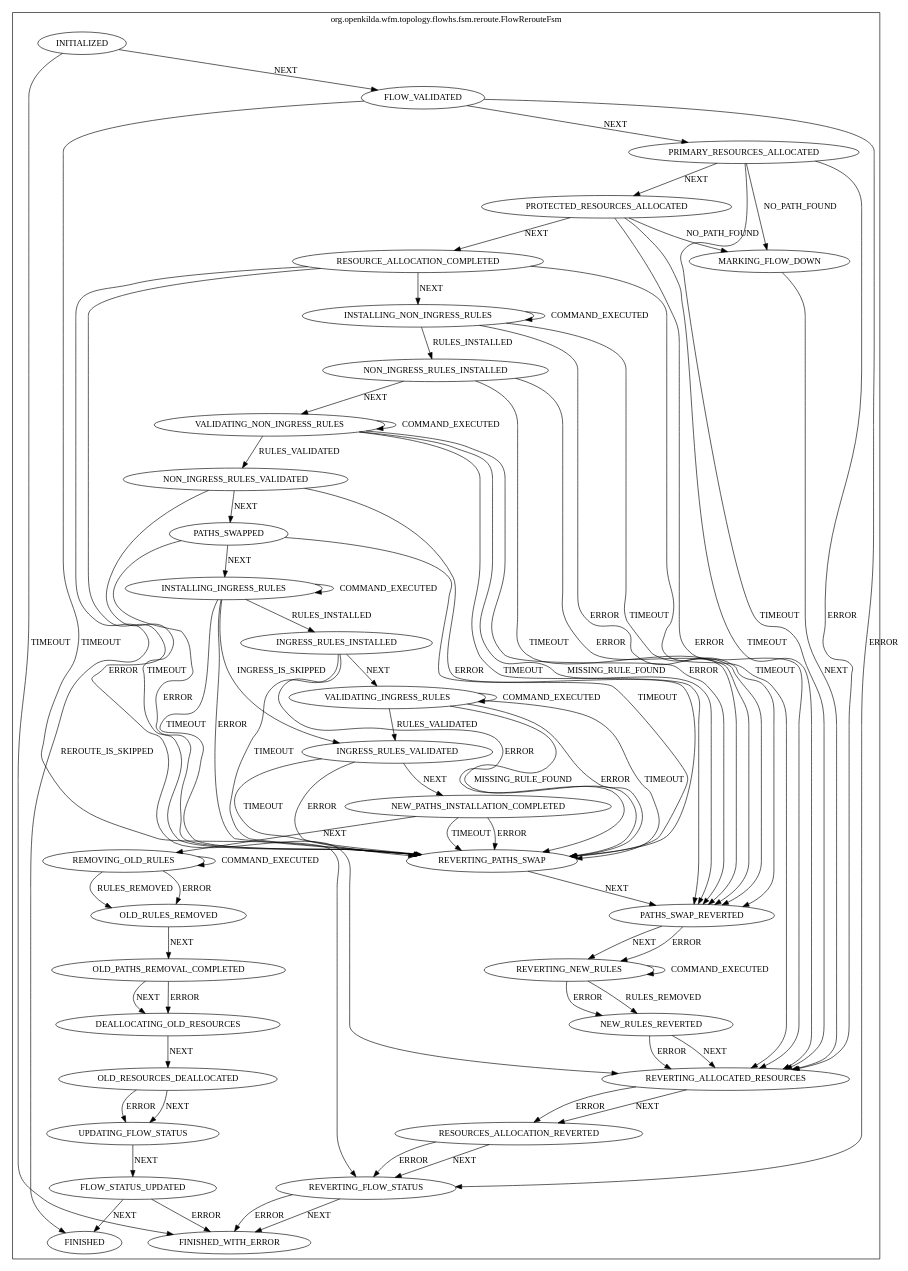
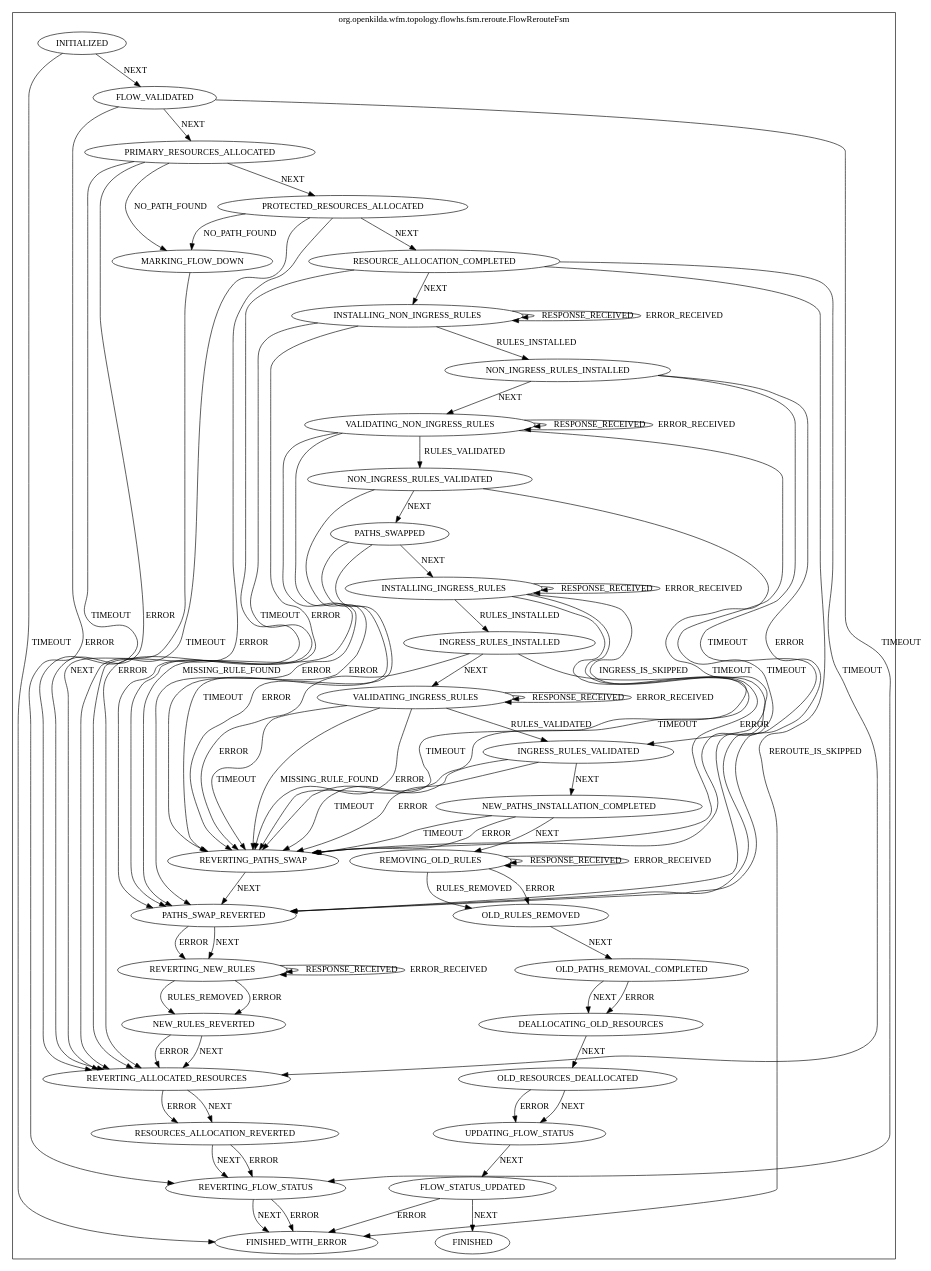
One commit to telstra/open-kilda changed the diagram in docs/design/hub-and-spoke/reroute/flow-reroute-fsm.dot. Above: the diagram before and after it, drawn with Graphviz. The commit also changed 185 other files, not shown here.

```diff
--- a/docs/design/hub-and-spoke/reroute/flow-reroute-fsm.dot
+++ b/docs/design/hub-and-spoke/reroute/flow-reroute-fsm.dot
@@ -2,117 +2,123 @@
 compound=true;
 subgraph cluster_StateMachine {
 label="org.openkilda.wfm.topology.flowhs.fsm.reroute.FlowRerouteFsm";
-PATHS_SWAPPED [label="PATHS_SWAPPED"];
+INSTALLING_NON_INGRESS_RULES [label="INSTALLING_NON_INGRESS_RULES"];
+INGRESS_RULES_VALIDATED [label="INGRESS_RULES_VALIDATED"];
+DEALLOCATING_OLD_RESOURCES [label="DEALLOCATING_OLD_RESOURCES"];
+INSTALLING_INGRESS_RULES [label="INSTALLING_INGRESS_RULES"];
+VALIDATING_INGRESS_RULES [label="VALIDATING_INGRESS_RULES"];
+FINISHED_WITH_ERROR [label="FINISHED_WITH_ERROR"];
+INGRESS_RULES_INSTALLED [label="INGRESS_RULES_INSTALLED"];
 FINISHED [label="FINISHED"];
-VALIDATING_NON_INGRESS_RULES [label="VALIDATING_NON_INGRESS_RULES"];
-INSTALLING_NON_INGRESS_RULES [label="INSTALLING_NON_INGRESS_RULES"];
-REVERTING_NEW_RULES [label="REVERTING_NEW_RULES"];
-REVERTING_PATHS_SWAP [label="REVERTING_PATHS_SWAP"];
-PATHS_SWAP_REVERTED [label="PATHS_SWAP_REVERTED"];
-NEW_RULES_REVERTED [label="NEW_RULES_REVERTED"];
-PROTECTED_RESOURCES_ALLOCATED [label="PROTECTED_RESOURCES_ALLOCATED"];
-RESOURCE_ALLOCATION_COMPLETED [label="RESOURCE_ALLOCATION_COMPLETED"];
-OLD_RULES_REMOVED [label="OLD_RULES_REMOVED"];
-NON_INGRESS_RULES_VALIDATED [label="NON_INGRESS_RULES_VALIDATED"];
-RESOURCES_ALLOCATION_REVERTED [label="RESOURCES_ALLOCATION_REVERTED"];
-OLD_RESOURCES_DEALLOCATED [label="OLD_RESOURCES_DEALLOCATED"];
-UPDATING_FLOW_STATUS [label="UPDATING_FLOW_STATUS"];
-REMOVING_OLD_RULES [label="REMOVING_OLD_RULES"];
-DEALLOCATING_OLD_RESOURCES [label="DEALLOCATING_OLD_RESOURCES"];
-REVERTING_ALLOCATED_RESOURCES [label="REVERTING_ALLOCATED_RESOURCES"];
 INITIALIZED [label="INITIALIZED"];
-VALIDATING_INGRESS_RULES [label="VALIDATING_INGRESS_RULES"];
-INSTALLING_INGRESS_RULES [label="INSTALLING_INGRESS_RULES"];
-PRIMARY_RESOURCES_ALLOCATED [label="PRIMARY_RESOURCES_ALLOCATED"];
-FLOW_STATUS_UPDATED [label="FLOW_STATUS_UPDATED"];
+REVERTING_FLOW_STATUS [label="REVERTING_FLOW_STATUS"];
+OLD_PATHS_REMOVAL_COMPLETED [label="OLD_PATHS_REMOVAL_COMPLETED"];
 FLOW_VALIDATED [label="FLOW_VALIDATED"];
 NEW_PATHS_INSTALLATION_COMPLETED [label="NEW_PATHS_INSTALLATION_COMPLETED"];
-INGRESS_RULES_INSTALLED [label="INGRESS_RULES_INSTALLED"];
-FINISHED_WITH_ERROR [label="FINISHED_WITH_ERROR"];
+NON_INGRESS_RULES_VALIDATED [label="NON_INGRESS_RULES_VALIDATED"];
+NEW_RULES_REVERTED [label="NEW_RULES_REVERTED"];
+RESOURCE_ALLOCATION_COMPLETED [label="RESOURCE_ALLOCATION_COMPLETED"];
 NON_INGRESS_RULES_INSTALLED [label="NON_INGRESS_RULES_INSTALLED"];
-REVERTING_FLOW_STATUS [label="REVERTING_FLOW_STATUS"];
+UPDATING_FLOW_STATUS [label="UPDATING_FLOW_STATUS"];
+RESOURCES_ALLOCATION_REVERTED [label="RESOURCES_ALLOCATION_REVERTED"];
+PATHS_SWAPPED [label="PATHS_SWAPPED"];
+OLD_RESOURCES_DEALLOCATED [label="OLD_RESOURCES_DEALLOCATED"];
+FLOW_STATUS_UPDATED [label="FLOW_STATUS_UPDATED"];
 MARKING_FLOW_DOWN [label="MARKING_FLOW_DOWN"];
-OLD_PATHS_REMOVAL_COMPLETED [label="OLD_PATHS_REMOVAL_COMPLETED"];
-INGRESS_RULES_VALIDATED [label="INGRESS_RULES_VALIDATED"];
+PROTECTED_RESOURCES_ALLOCATED [label="PROTECTED_RESOURCES_ALLOCATED"];
+REVERTING_ALLOCATED_RESOURCES [label="REVERTING_ALLOCATED_RESOURCES"];
+VALIDATING_NON_INGRESS_RULES [label="VALIDATING_NON_INGRESS_RULES"];
+REVERTING_PATHS_SWAP [label="REVERTING_PATHS_SWAP"];
+OLD_RULES_REMOVED [label="OLD_RULES_REMOVED"];
+REVERTING_NEW_RULES [label="REVERTING_NEW_RULES"];
+REMOVING_OLD_RULES [label="REMOVING_OLD_RULES"];
+PATHS_SWAP_REVERTED [label="PATHS_SWAP_REVERTED"];
+PRIMARY_RESOURCES_ALLOCATED [label="PRIMARY_RESOURCES_ALLOCATED"];
 
-PATHS_SWAPPED -> INSTALLING_INGRESS_RULES [ label="NEXT"];
-PATHS_SWAPPED -> REVERTING_PATHS_SWAP [ label="TIMEOUT"];
-PATHS_SWAPPED -> REVERTING_PATHS_SWAP [ label="ERROR"];
-VALIDATING_NON_INGRESS_RULES -> VALIDATING_NON_INGRESS_RULES [ label="COMMAND_EXECUTED"];
-VALIDATING_NON_INGRESS_RULES -> NON_INGRESS_RULES_VALIDATED [ label="RULES_VALIDATED"];
-VALIDATING_NON_INGRESS_RULES -> PATHS_SWAP_REVERTED [ label="TIMEOUT"];
-VALIDATING_NON_INGRESS_RULES -> PATHS_SWAP_REVERTED [ label="MISSING_RULE_FOUND"];
-VALIDATING_NON_INGRESS_RULES -> PATHS_SWAP_REVERTED [ label="ERROR"];
-INSTALLING_NON_INGRESS_RULES -> INSTALLING_NON_INGRESS_RULES [ label="COMMAND_EXECUTED"];
+INSTALLING_NON_INGRESS_RULES -> INSTALLING_NON_INGRESS_RULES [ label="RESPONSE_RECEIVED"];
+INSTALLING_NON_INGRESS_RULES -> INSTALLING_NON_INGRESS_RULES [ label="ERROR_RECEIVED"];
 INSTALLING_NON_INGRESS_RULES -> NON_INGRESS_RULES_INSTALLED [ label="RULES_INSTALLED"];
 INSTALLING_NON_INGRESS_RULES -> PATHS_SWAP_REVERTED [ label="TIMEOUT"];
 INSTALLING_NON_INGRESS_RULES -> PATHS_SWAP_REVERTED [ label="ERROR"];
-REVERTING_NEW_RULES -> REVERTING_NEW_RULES [ label="COMMAND_EXECUTED"];
-REVERTING_NEW_RULES -> NEW_RULES_REVERTED [ label="RULES_REMOVED"];
-REVERTING_NEW_RULES -> NEW_RULES_REVERTED [ label="ERROR"];
-REVERTING_PATHS_SWAP -> PATHS_SWAP_REVERTED [ label="NEXT"];
-PATHS_SWAP_REVERTED -> REVERTING_NEW_RULES [ label="NEXT"];
-PATHS_SWAP_REVERTED -> REVERTING_NEW_RULES [ label="ERROR"];
-NEW_RULES_REVERTED -> REVERTING_ALLOCATED_RESOURCES [ label="NEXT"];
-NEW_RULES_REVERTED -> REVERTING_ALLOCATED_RESOURCES [ label="ERROR"];
-PROTECTED_RESOURCES_ALLOCATED -> RESOURCE_ALLOCATION_COMPLETED [ label="NEXT"];
-PROTECTED_RESOURCES_ALLOCATED -> MARKING_FLOW_DOWN [ label="NO_PATH_FOUND"];
-PROTECTED_RESOURCES_ALLOCATED -> REVERTING_ALLOCATED_RESOURCES [ label="TIMEOUT"];
-PROTECTED_RESOURCES_ALLOCATED -> REVERTING_ALLOCATED_RESOURCES [ label="ERROR"];
-RESOURCE_ALLOCATION_COMPLETED -> INSTALLING_NON_INGRESS_RULES [ label="NEXT"];
-RESOURCE_ALLOCATION_COMPLETED -> FINISHED [ label="REROUTE_IS_SKIPPED"];
-RESOURCE_ALLOCATION_COMPLETED -> REVERTING_ALLOCATED_RESOURCES [ label="TIMEOUT"];
-RESOURCE_ALLOCATION_COMPLETED -> REVERTING_ALLOCATED_RESOURCES [ label="ERROR"];
-OLD_RULES_REMOVED -> OLD_PATHS_REMOVAL_COMPLETED [ label="NEXT"];
-NON_INGRESS_RULES_VALIDATED -> PATHS_SWAPPED [ label="NEXT"];
-NON_INGRESS_RULES_VALIDATED -> REVERTING_PATHS_SWAP [ label="TIMEOUT"];
-NON_INGRESS_RULES_VALIDATED -> REVERTING_PATHS_SWAP [ label="ERROR"];
-RESOURCES_ALLOCATION_REVERTED -> REVERTING_FLOW_STATUS [ label="NEXT"];
-RESOURCES_ALLOCATION_REVERTED -> REVERTING_FLOW_STATUS [ label="ERROR"];
-OLD_RESOURCES_DEALLOCATED -> UPDATING_FLOW_STATUS [ label="NEXT"];
-OLD_RESOURCES_DEALLOCATED -> UPDATING_FLOW_STATUS [ label="ERROR"];
-UPDATING_FLOW_STATUS -> FLOW_STATUS_UPDATED [ label="NEXT"];
-REMOVING_OLD_RULES -> REMOVING_OLD_RULES [ label="COMMAND_EXECUTED"];
-REMOVING_OLD_RULES -> OLD_RULES_REMOVED [ label="RULES_REMOVED"];
-REMOVING_OLD_RULES -> OLD_RULES_REMOVED [ label="ERROR"];
+INGRESS_RULES_VALIDATED -> NEW_PATHS_INSTALLATION_COMPLETED [ label="NEXT"];
+INGRESS_RULES_VALIDATED -> REVERTING_PATHS_SWAP [ label="TIMEOUT"];
+INGRESS_RULES_VALIDATED -> REVERTING_PATHS_SWAP [ label="ERROR"];
 DEALLOCATING_OLD_RESOURCES -> OLD_RESOURCES_DEALLOCATED [ label="NEXT"];
-REVERTING_ALLOCATED_RESOURCES -> RESOURCES_ALLOCATION_REVERTED [ label="NEXT"];
-REVERTING_ALLOCATED_RESOURCES -> RESOURCES_ALLOCATION_REVERTED [ label="ERROR"];
-INITIALIZED -> FLOW_VALIDATED [ label="NEXT"];
-INITIALIZED -> FINISHED_WITH_ERROR [ label="TIMEOUT"];
-VALIDATING_INGRESS_RULES -> VALIDATING_INGRESS_RULES [ label="COMMAND_EXECUTED"];
+INSTALLING_INGRESS_RULES -> INSTALLING_INGRESS_RULES [ label="RESPONSE_RECEIVED"];
+INSTALLING_INGRESS_RULES -> INSTALLING_INGRESS_RULES [ label="ERROR_RECEIVED"];
+INSTALLING_INGRESS_RULES -> INGRESS_RULES_INSTALLED [ label="RULES_INSTALLED"];
+INSTALLING_INGRESS_RULES -> INGRESS_RULES_VALIDATED [ label="INGRESS_IS_SKIPPED"];
+INSTALLING_INGRESS_RULES -> REVERTING_PATHS_SWAP [ label="TIMEOUT"];
+INSTALLING_INGRESS_RULES -> REVERTING_PATHS_SWAP [ label="ERROR"];
+VALIDATING_INGRESS_RULES -> VALIDATING_INGRESS_RULES [ label="RESPONSE_RECEIVED"];
+VALIDATING_INGRESS_RULES -> VALIDATING_INGRESS_RULES [ label="ERROR_RECEIVED"];
 VALIDATING_INGRESS_RULES -> INGRESS_RULES_VALIDATED [ label="RULES_VALIDATED"];
 VALIDATING_INGRESS_RULES -> REVERTING_PATHS_SWAP [ label="TIMEOUT"];
 VALIDATING_INGRESS_RULES -> REVERTING_PATHS_SWAP [ label="MISSING_RULE_FOUND"];
 VALIDATING_INGRESS_RULES -> REVERTING_PATHS_SWAP [ label="ERROR"];
-INSTALLING_INGRESS_RULES -> INSTALLING_INGRESS_RULES [ label="COMMAND_EXECUTED"];
-INSTALLING_INGRESS_RULES -> INGRESS_RULES_INSTALLED [ label="RULES_INSTALLED"];
-INSTALLING_INGRESS_RULES -> INGRESS_RULES_VALIDATED [ label="INGRESS_IS_SKIPPED"];
-INSTALLING_INGRESS_RULES -> REVERTING_PATHS_SWAP [ label="TIMEOUT"];
-INSTALLING_INGRESS_RULES -> REVERTING_PATHS_SWAP [ label="ERROR"];
-PRIMARY_RESOURCES_ALLOCATED -> PROTECTED_RESOURCES_ALLOCATED [ label="NEXT"];
-PRIMARY_RESOURCES_ALLOCATED -> MARKING_FLOW_DOWN [ label="NO_PATH_FOUND"];
-PRIMARY_RESOURCES_ALLOCATED -> REVERTING_ALLOCATED_RESOURCES [ label="TIMEOUT"];
-PRIMARY_RESOURCES_ALLOCATED -> REVERTING_ALLOCATED_RESOURCES [ label="ERROR"];
-FLOW_STATUS_UPDATED -> FINISHED [ label="NEXT"];
-FLOW_STATUS_UPDATED -> FINISHED_WITH_ERROR [ label="ERROR"];
+INGRESS_RULES_INSTALLED -> VALIDATING_INGRESS_RULES [ label="NEXT"];
+INGRESS_RULES_INSTALLED -> REVERTING_PATHS_SWAP [ label="TIMEOUT"];
+INGRESS_RULES_INSTALLED -> REVERTING_PATHS_SWAP [ label="ERROR"];
+INITIALIZED -> FLOW_VALIDATED [ label="NEXT"];
+INITIALIZED -> FINISHED_WITH_ERROR [ label="TIMEOUT"];
+REVERTING_FLOW_STATUS -> FINISHED_WITH_ERROR [ label="NEXT"];
+REVERTING_FLOW_STATUS -> FINISHED_WITH_ERROR [ label="ERROR"];
+OLD_PATHS_REMOVAL_COMPLETED -> DEALLOCATING_OLD_RESOURCES [ label="NEXT"];
+OLD_PATHS_REMOVAL_COMPLETED -> DEALLOCATING_OLD_RESOURCES [ label="ERROR"];
 FLOW_VALIDATED -> PRIMARY_RESOURCES_ALLOCATED [ label="NEXT"];
 FLOW_VALIDATED -> REVERTING_FLOW_STATUS [ label="TIMEOUT"];
 FLOW_VALIDATED -> REVERTING_FLOW_STATUS [ label="ERROR"];
 NEW_PATHS_INSTALLATION_COMPLETED -> REMOVING_OLD_RULES [ label="NEXT"];
 NEW_PATHS_INSTALLATION_COMPLETED -> REVERTING_PATHS_SWAP [ label="TIMEOUT"];
 NEW_PATHS_INSTALLATION_COMPLETED -> REVERTING_PATHS_SWAP [ label="ERROR"];
-INGRESS_RULES_INSTALLED -> VALIDATING_INGRESS_RULES [ label="NEXT"];
-INGRESS_RULES_INSTALLED -> REVERTING_PATHS_SWAP [ label="TIMEOUT"];
-INGRESS_RULES_INSTALLED -> REVERTING_PATHS_SWAP [ label="ERROR"];
+NON_INGRESS_RULES_VALIDATED -> PATHS_SWAPPED [ label="NEXT"];
+NON_INGRESS_RULES_VALIDATED -> REVERTING_PATHS_SWAP [ label="TIMEOUT"];
+NON_INGRESS_RULES_VALIDATED -> REVERTING_PATHS_SWAP [ label="ERROR"];
+NEW_RULES_REVERTED -> REVERTING_ALLOCATED_RESOURCES [ label="NEXT"];
+NEW_RULES_REVERTED -> REVERTING_ALLOCATED_RESOURCES [ label="ERROR"];
+RESOURCE_ALLOCATION_COMPLETED -> INSTALLING_NON_INGRESS_RULES [ label="NEXT"];
+RESOURCE_ALLOCATION_COMPLETED -> FINISHED_WITH_ERROR [ label="REROUTE_IS_SKIPPED"];
+RESOURCE_ALLOCATION_COMPLETED -> REVERTING_ALLOCATED_RESOURCES [ label="TIMEOUT"];
+RESOURCE_ALLOCATION_COMPLETED -> REVERTING_ALLOCATED_RESOURCES [ label="ERROR"];
 NON_INGRESS_RULES_INSTALLED -> VALIDATING_NON_INGRESS_RULES [ label="NEXT"];
 NON_INGRESS_RULES_INSTALLED -> PATHS_SWAP_REVERTED [ label="TIMEOUT"];
 NON_INGRESS_RULES_INSTALLED -> PATHS_SWAP_REVERTED [ label="ERROR"];
-REVERTING_FLOW_STATUS -> FINISHED_WITH_ERROR [ label="NEXT"];
-REVERTING_FLOW_STATUS -> FINISHED_WITH_ERROR [ label="ERROR"];
+UPDATING_FLOW_STATUS -> FLOW_STATUS_UPDATED [ label="NEXT"];
+RESOURCES_ALLOCATION_REVERTED -> REVERTING_FLOW_STATUS [ label="NEXT"];
+RESOURCES_ALLOCATION_REVERTED -> REVERTING_FLOW_STATUS [ label="ERROR"];
+PATHS_SWAPPED -> INSTALLING_INGRESS_RULES [ label="NEXT"];
+PATHS_SWAPPED -> REVERTING_PATHS_SWAP [ label="TIMEOUT"];
+PATHS_SWAPPED -> REVERTING_PATHS_SWAP [ label="ERROR"];
+OLD_RESOURCES_DEALLOCATED -> UPDATING_FLOW_STATUS [ label="NEXT"];
+OLD_RESOURCES_DEALLOCATED -> UPDATING_FLOW_STATUS [ label="ERROR"];
+FLOW_STATUS_UPDATED -> FINISHED [ label="NEXT"];
+FLOW_STATUS_UPDATED -> FINISHED_WITH_ERROR [ label="ERROR"];
 MARKING_FLOW_DOWN -> REVERTING_ALLOCATED_RESOURCES [ label="NEXT"];
-OLD_PATHS_REMOVAL_COMPLETED -> DEALLOCATING_OLD_RESOURCES [ label="NEXT"];
-OLD_PATHS_REMOVAL_COMPLETED -> DEALLOCATING_OLD_RESOURCES [ label="ERROR"];
-INGRESS_RULES_VALIDATED -> NEW_PATHS_INSTALLATION_COMPLETED [ label="NEXT"];
-INGRESS_RULES_VALIDATED -> REVERTING_PATHS_SWAP [ label="TIMEOUT"];
-INGRESS_RULES_VALIDATED -> REVERTING_PATHS_SWAP [ label="ERROR"];}}
+PROTECTED_RESOURCES_ALLOCATED -> RESOURCE_ALLOCATION_COMPLETED [ label="NEXT"];
+PROTECTED_RESOURCES_ALLOCATED -> MARKING_FLOW_DOWN [ label="NO_PATH_FOUND"];
+PROTECTED_RESOURCES_ALLOCATED -> REVERTING_ALLOCATED_RESOURCES [ label="TIMEOUT"];
+PROTECTED_RESOURCES_ALLOCATED -> REVERTING_ALLOCATED_RESOURCES [ label="ERROR"];
+REVERTING_ALLOCATED_RESOURCES -> RESOURCES_ALLOCATION_REVERTED [ label="NEXT"];
+REVERTING_ALLOCATED_RESOURCES -> RESOURCES_ALLOCATION_REVERTED [ label="ERROR"];
+VALIDATING_NON_INGRESS_RULES -> VALIDATING_NON_INGRESS_RULES [ label="RESPONSE_RECEIVED"];
+VALIDATING_NON_INGRESS_RULES -> VALIDATING_NON_INGRESS_RULES [ label="ERROR_RECEIVED"];
+VALIDATING_NON_INGRESS_RULES -> NON_INGRESS_RULES_VALIDATED [ label="RULES_VALIDATED"];
+VALIDATING_NON_INGRESS_RULES -> PATHS_SWAP_REVERTED [ label="TIMEOUT"];
+VALIDATING_NON_INGRESS_RULES -> PATHS_SWAP_REVERTED [ label="MISSING_RULE_FOUND"];
+VALIDATING_NON_INGRESS_RULES -> PATHS_SWAP_REVERTED [ label="ERROR"];
+REVERTING_PATHS_SWAP -> PATHS_SWAP_REVERTED [ label="NEXT"];
+OLD_RULES_REMOVED -> OLD_PATHS_REMOVAL_COMPLETED [ label="NEXT"];
+REVERTING_NEW_RULES -> REVERTING_NEW_RULES [ label="RESPONSE_RECEIVED"];
+REVERTING_NEW_RULES -> REVERTING_NEW_RULES [ label="ERROR_RECEIVED"];
+REVERTING_NEW_RULES -> NEW_RULES_REVERTED [ label="RULES_REMOVED"];
+REVERTING_NEW_RULES -> NEW_RULES_REVERTED [ label="ERROR"];
+REMOVING_OLD_RULES -> REMOVING_OLD_RULES [ label="RESPONSE_RECEIVED"];
+REMOVING_OLD_RULES -> REMOVING_OLD_RULES [ label="ERROR_RECEIVED"];
+REMOVING_OLD_RULES -> OLD_RULES_REMOVED [ label="RULES_REMOVED"];
+REMOVING_OLD_RULES -> OLD_RULES_REMOVED [ label="ERROR"];
+PATHS_SWAP_REVERTED -> REVERTING_NEW_RULES [ label="NEXT"];
+PATHS_SWAP_REVERTED -> REVERTING_NEW_RULES [ label="ERROR"];
+PRIMARY_RESOURCES_ALLOCATED -> PROTECTED_RESOURCES_ALLOCATED [ label="NEXT"];
+PRIMARY_RESOURCES_ALLOCATED -> MARKING_FLOW_DOWN [ label="NO_PATH_FOUND"];
+PRIMARY_RESOURCES_ALLOCATED -> REVERTING_ALLOCATED_RESOURCES [ label="TIMEOUT"];
+PRIMARY_RESOURCES_ALLOCATED -> REVERTING_ALLOCATED_RESOURCES [ label="ERROR"];}}
```
